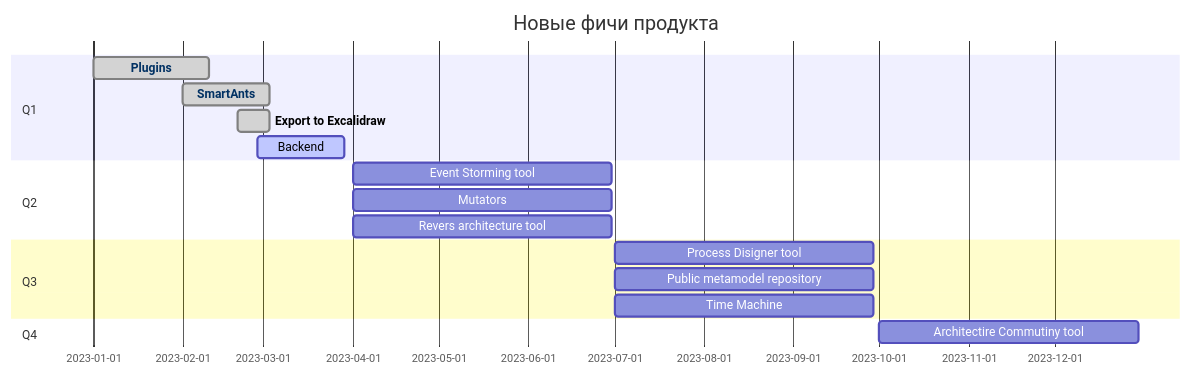
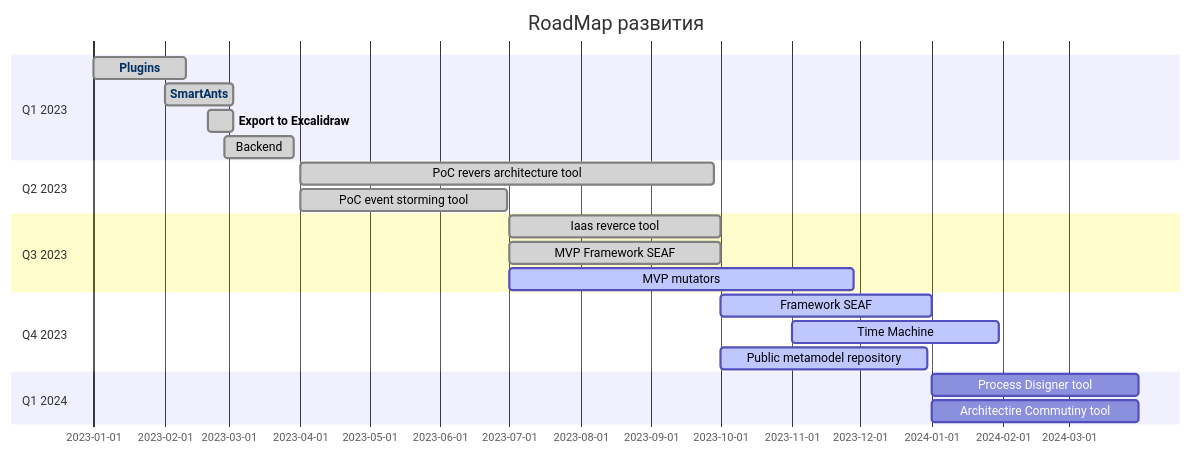
The diagram in README.md (ypolosov/DocHub), drawn with Mermaid before and after one commit. The commit also changed other lines of this file, not shown here.

Commit message:
Обновлен README.md

````diff
--- a/README.md
+++ b/README.md
@@ -43,24 +44,28 @@
 ```mermaid
 gantt
-    title Новые фичи продукта
+    title RoadMap развития
     dateFormat  YYYY-MM
-    section Q1
-        Plugins                 :done, plugins, 2023-01-01, 40d
-        SmartAnts               :done, smartants, 2023-02-01, 30d
-        Export to Excalidraw    :done, exportexc, 2023-02-20, 11d
-        Backend                 :active, 2023-02-27, 30d
-    section Q2
-        Event Storming tool         :2023-04-01, 90d
-        Mutators                    :2023-04-01, 90d
-        Revers architecture tool    :2023-04-01, 90d
-    section Q3
-        Process Disigner tool       :2023-07-01, 90d
-        Public metamodel repository :2023-07-01, 90d
-        Time Machine                :2023-07-01, 90d
-    section Q4
-        Architectire Commutiny tool :2023-10-01, 90d
+    section Q1 2023
+        Plugins                      :done, plugins, 2023-01-01, 40d
+        SmartAnts                    :done, smartants, 2023-02-01, 30d
+        Export to Excalidraw         :done, exportexc, 2023-02-20, 11d
+        Backend                      :done, 2023-02-27, 30d
+    section Q2 2023
+        PoC revers architecture tool    :done, 2023-04-01, 180d
+        PoC event storming tool         :done, 2023-04-01, 90d
+    section Q3 2023
+        Iaas reverce tool           :done, 2023-07-01, 92d
+        MVP Framework SEAF          :done, 2023-07-01, 92d
+        MVP mutators                :active, 2023-07-01, 150d
+    section Q4 2023
+        Framework SEAF              :active, 2023-10-01, 92d
+        Time Machine                :active, 2023-11-01, 90d
+        Public metamodel repository :active, 2023-10-01, 90d
+    section Q1 2024
+        Process Disigner tool       :2024-01-01, 90d
+        Architectire Commutiny tool :2024-01-01, 90d
 
 click plugins href "https://dochub.info/docs/dochub.plugins.intro"
 click smartants href "https://dochub.info/docs/dochub.smartants"
 click exportexc href "https://dochub.info/docs/dochub.smartants#%D0%BF%D1%80%D0%BE%D1%81%D1%82%D0%B5%D0%B9%D1%88%D0%B5%D0%B5-%D0%BF%D1%80%D0%B5%D0%B4%D1%81%D1%82%D0%B0%D0%B2%D0%BB%D0%B5%D0%BD%D0%B8%D0%B5"
 ```
````
